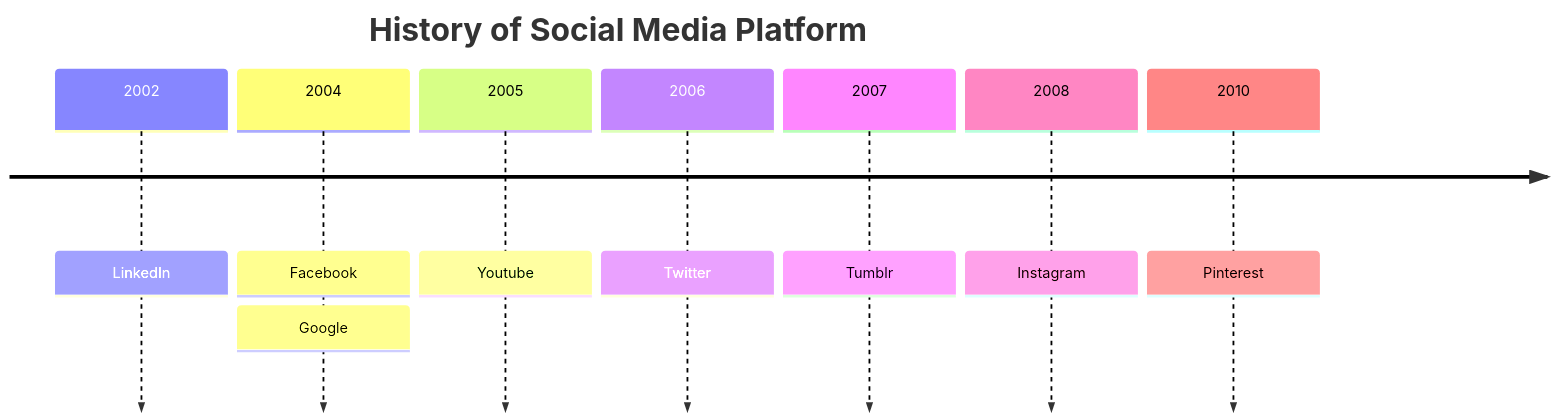
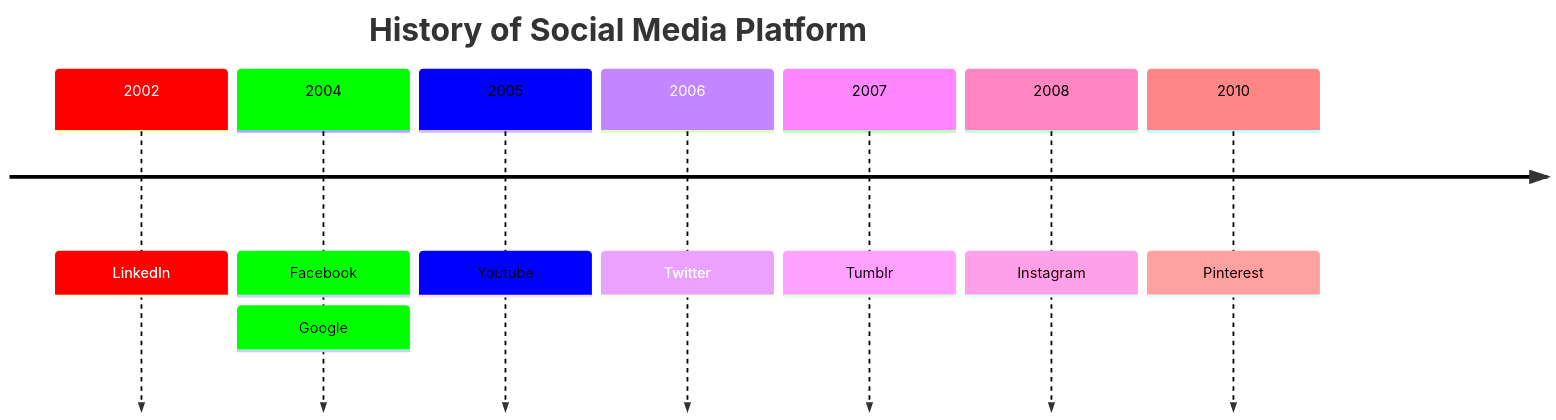
One commit to mermaid-js/mermaid changed the eighth of 13 diagrams in docs/syntax/timeline.md. Above: the diagram before and after it, drawn with Mermaid. The commit also changed other lines of this file and 2 other files, not shown here.

````diff
--- a/docs/syntax/timeline.md
+++ b/docs/syntax/timeline.md
@@ -281,17 +285,17 @@
 ```mermaid
     %%{init: { 'logLevel': 'debug', 'theme': 'default' , 'themeVariables': {
               'cScale0': '#ff0000',
               'cScale1': '#00ff00',
-              'cScale2': '#0000ff',
+              'cScale2': '#0000ff'
        } } }%%
        timeline
         title History of Social Media Platform
           2002 : LinkedIn
           2004 : Facebook : Google
           2005 : Youtube
           2006 : Twitter
           2007 : Tumblr
           2008 : Instagram
           2010 : Pinterest
 
 ```
````
